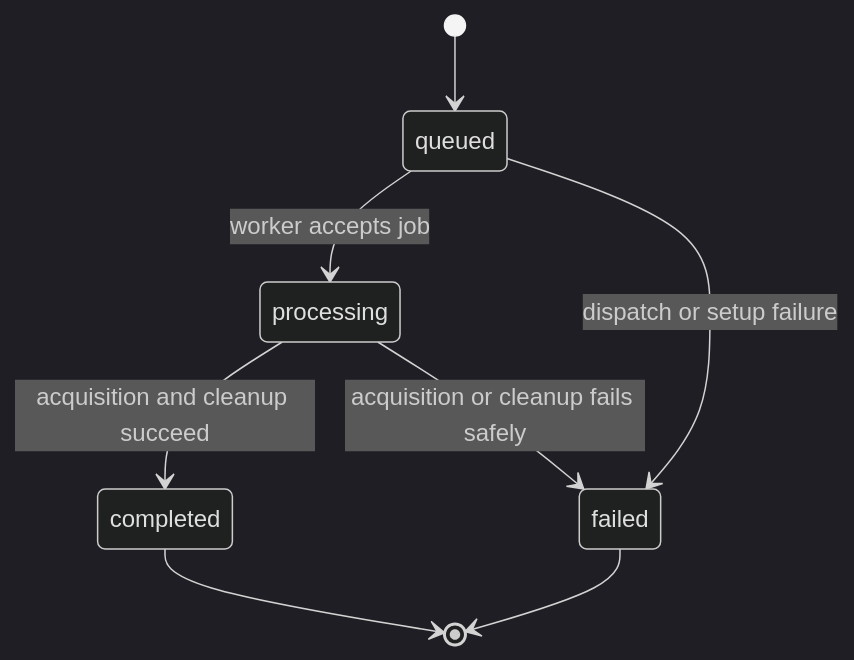
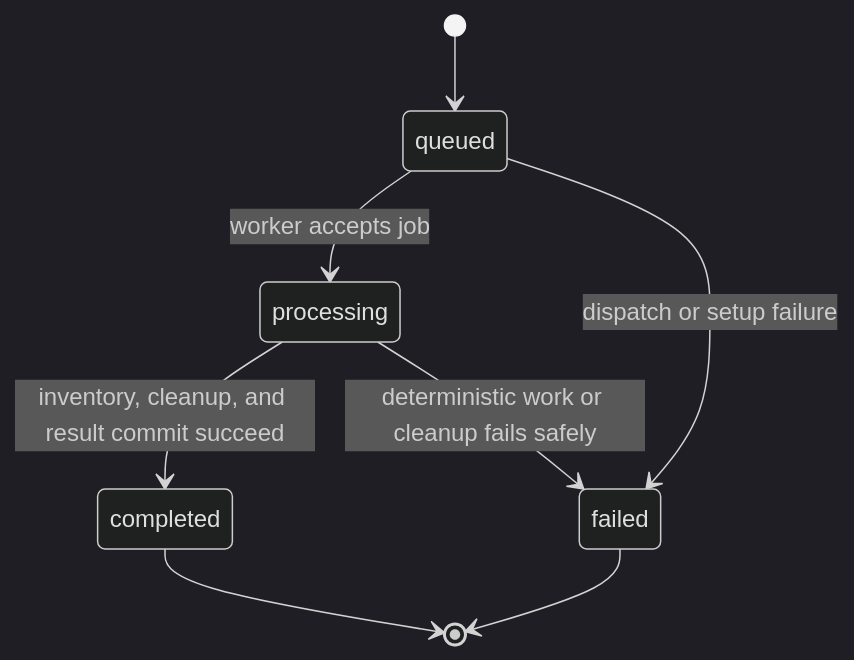
Before and after one commit to vedatbulucular/repolens: the second of 3 diagrams in docs/architecture.md, drawn with Mermaid (dark theme). The commit also changed other lines of this file and 14 other files, not shown here.

````diff
--- a/docs/architecture.md
+++ b/docs/architecture.md
@@ -64,10 +64,10 @@
 ```mermaid
 stateDiagram-v2
     [*] --> queued
     queued --> processing: worker accepts job
     queued --> failed: dispatch or setup failure
-    processing --> completed: acquisition and cleanup succeed
-    processing --> failed: acquisition or cleanup fails safely
+    processing --> completed: inventory, cleanup, and result commit succeed
+    processing --> failed: deterministic work or cleanup fails safely
     completed --> [*]
     failed --> [*]
 ```
````
